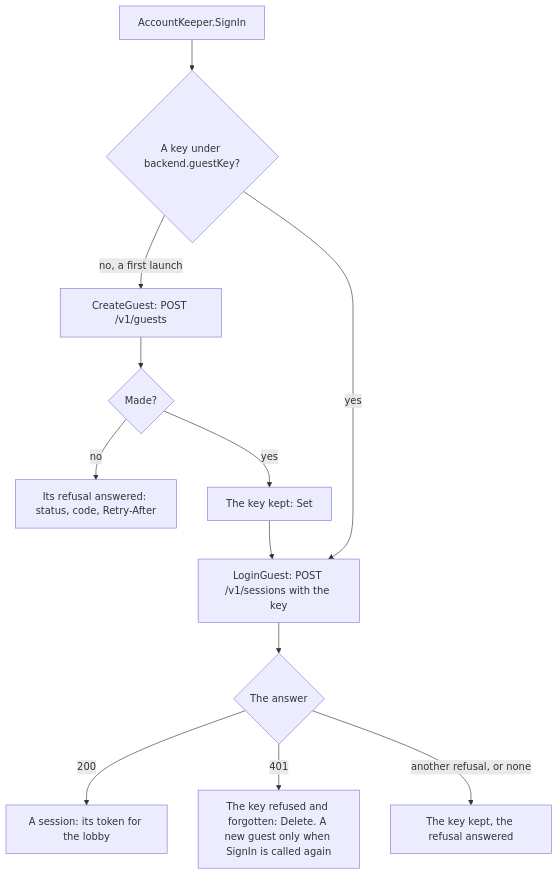
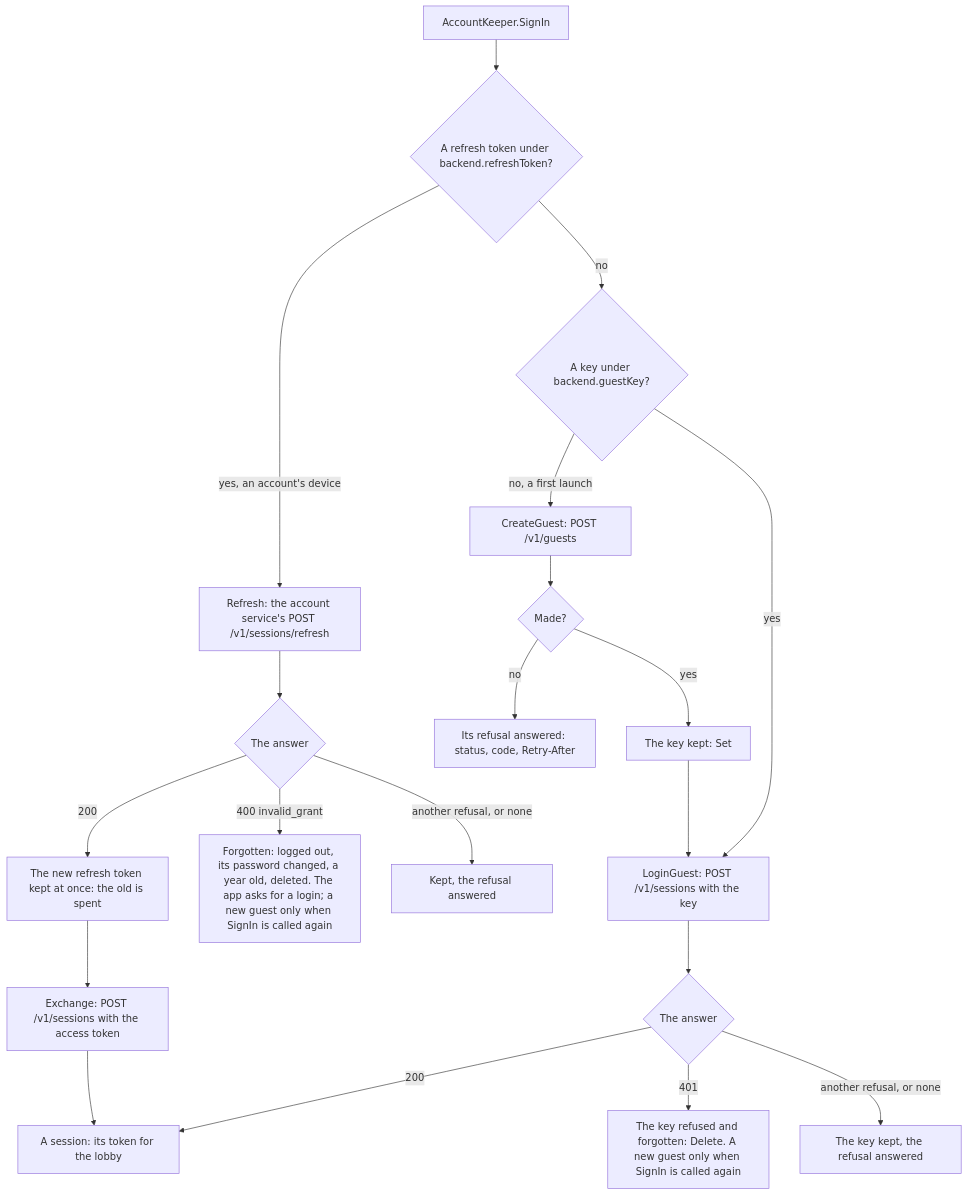
The tenth of 13 diagrams in docs/diagrams/06-client.md (greensoft-atom/depio-simulation-platform), drawn with Mermaid before and after one commit. The commit also changed other lines of this file and 49 other files, not shown here.

````diff
--- a/docs/diagrams/06-client.md
+++ b/docs/diagrams/06-client.md
@@ -549,14 +571,22 @@
 ```mermaid
 flowchart TD
-    S["AccountKeeper.SignIn"] --> HAS{"A key under backend.guestKey?"}
+    S["AccountKeeper.SignIn"] --> ACC{"A refresh token under backend.refreshToken?"}
+    ACC -->|"yes, an account's device"| REF["Refresh: the account service's POST /v1/sessions/refresh"]
+    REF --> RANS{"The answer"}
+    RANS -->|"200"| RKEEP["The new refresh token kept at once: the old is spent"]
+    RKEEP --> EXCH["Exchange: POST /v1/sessions with the access token"]
+    EXCH --> SESSION
+    RANS -->|"400 invalid_grant"| RFORGET["Forgotten: logged out, its password changed, a year old, deleted. The app asks for a login; a new guest only when SignIn is called again"]
+    RANS -->|"another refusal, or none"| RKEPT["Kept, the refusal answered"]
+    ACC -->|"no"| HAS{"A key under backend.guestKey?"}
     HAS -->|"no, a first launch"| MAKE["CreateGuest: POST /v1/guests"]
     MAKE --> MADE{"Made?"}
     MADE -->|"no"| REFUSED["Its refusal answered: status, code, Retry-After"]
     MADE -->|"yes"| KEEP["The key kept: Set"]
     KEEP --> LOGIN["LoginGuest: POST /v1/sessions with the key"]
     HAS -->|"yes"| LOGIN
     LOGIN --> ANS{"The answer"}
     ANS -->|"200"| SESSION["A session: its token for the lobby"]
     ANS -->|"401"| FORGET["The key refused and forgotten: Delete. A new guest only when SignIn is called again"]
     ANS -->|"another refusal, or none"| KEPT["The key kept, the refusal answered"]
 ```
````
